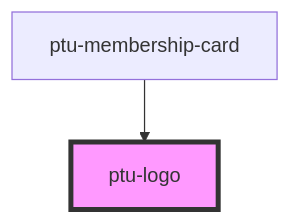
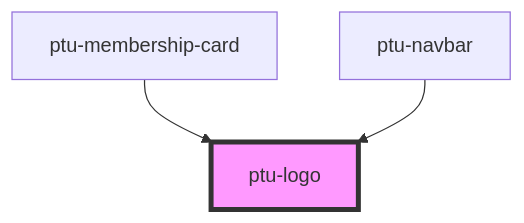
Before and after one commit to ptenu/elements: the diagram in src/components/ptu-logo/readme.md, drawn with Mermaid. The commit also changed other lines of this file and 31 other files, not shown here.

````diff
--- a/src/components/ptu-logo/readme.md
+++ b/src/components/ptu-logo/readme.md
@@ -22,5 +23,6 @@
 ```mermaid
 graph TD;
   ptu-membership-card --> ptu-logo
+  ptu-navbar --> ptu-logo
   style ptu-logo fill:#f9f,stroke:#333,stroke-width:4px
 ```
````
